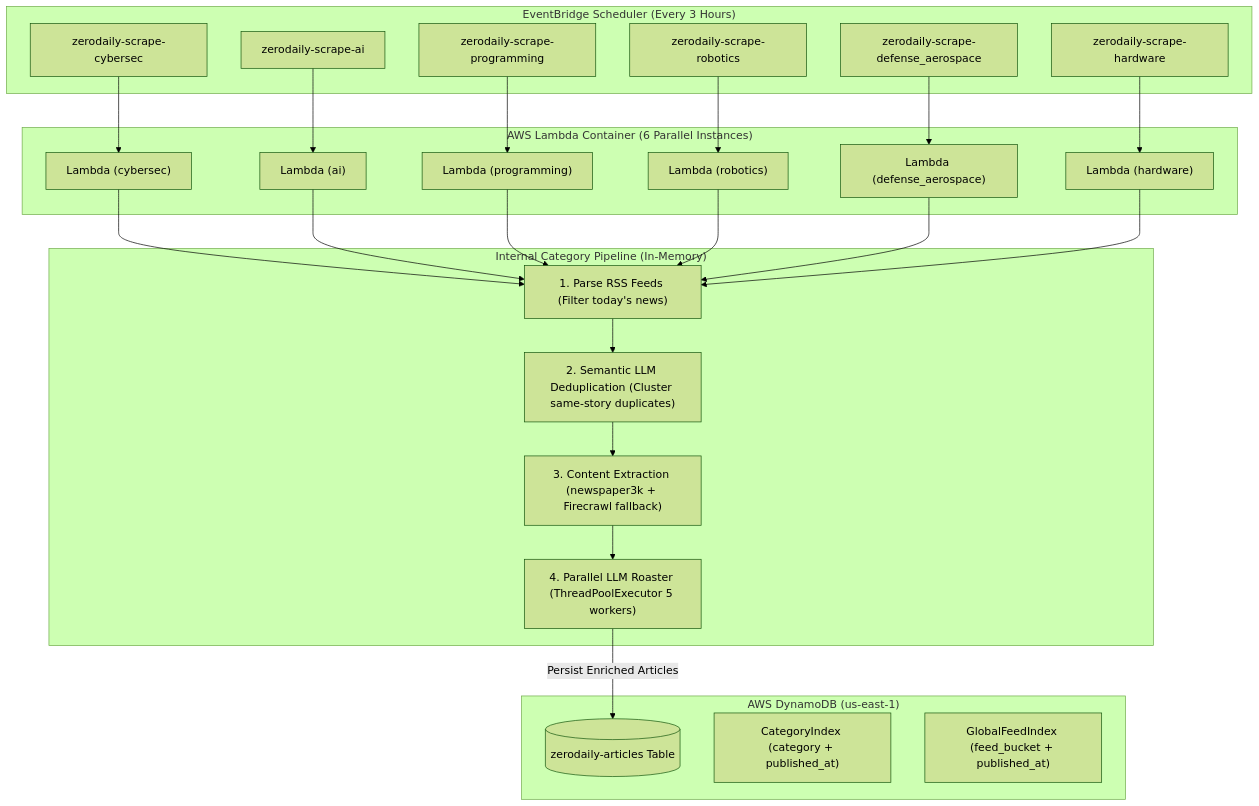
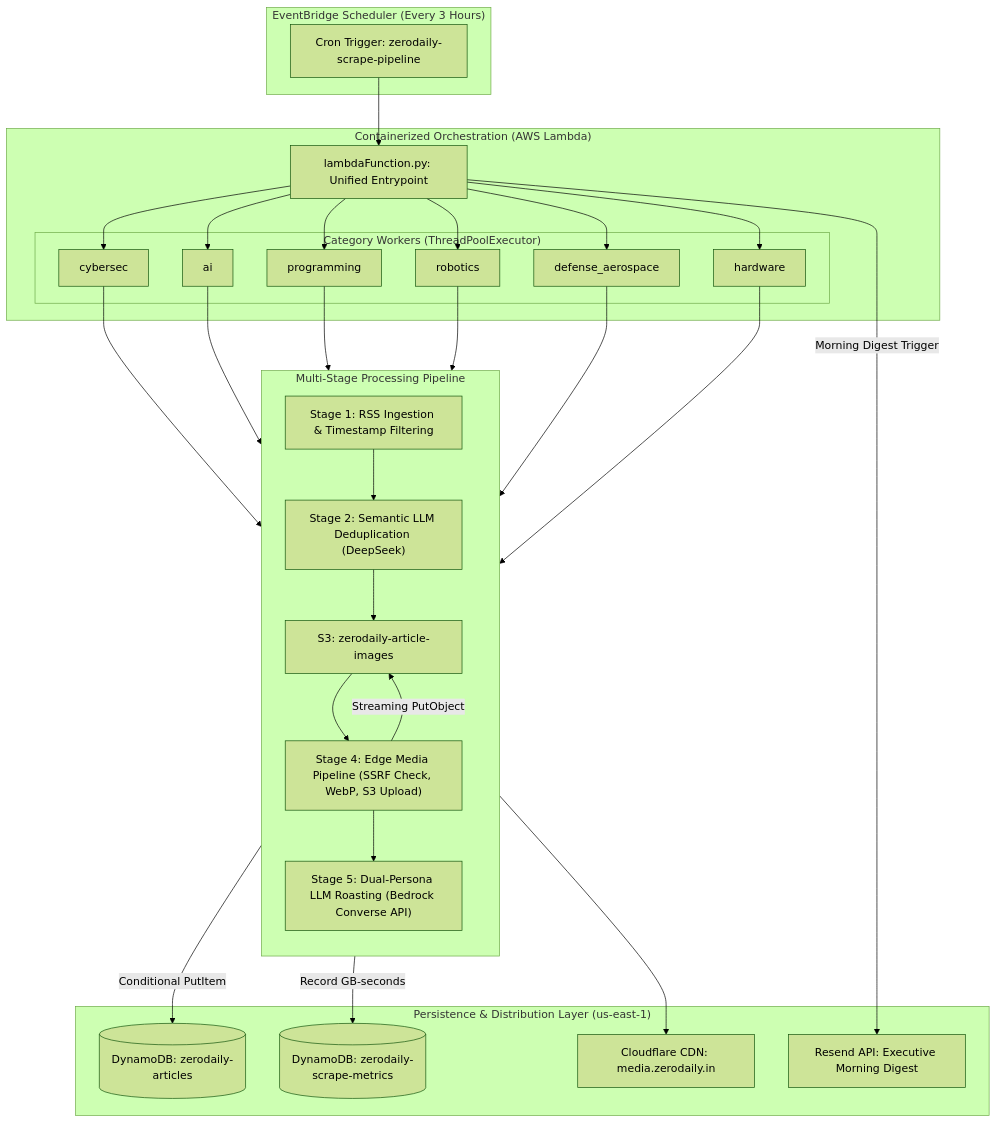
One commit to err0rgod/bot1 changed the diagram in README.md. Above: the diagram before and after it, drawn with Mermaid (forest theme). The commit also changed other lines of this file and 1 other file, not shown here.

Commit message:
docs: rewrite README to emphasize systems architecture and technical depth

````diff
--- a/README.md
+++ b/README.md
@@ -16,45 +36,47 @@
 ```mermaid
 flowchart TD
     subgraph Scheduling ["EventBridge Scheduler (Every 3 Hours)"]
-        EB1["zerodaily-scrape-cybersec"]
-        EB2["zerodaily-scrape-ai"]
-        EB3["zerodaily-scrape-programming"]
-        EB4["zerodaily-scrape-robotics"]
-        EB5["zerodaily-scrape-defense_aerospace"]
-        EB6["zerodaily-scrape-hardware"]
+        EB["Cron Trigger: zerodaily-scrape-pipeline"]
     end
 
-    subgraph LambdaCluster ["AWS Lambda Container (6 Parallel Instances)"]
-        L1["Lambda (cybersec)"]
-        L2["Lambda (ai)"]
-        L3["Lambda (programming)"]
-        L4["Lambda (robotics)"]
-        L5["Lambda (defense_aerospace)"]
-        L6["Lambda (hardware)"]
+    subgraph LambdaCluster ["Containerized Orchestration (AWS Lambda)"]
+        LH["lambdaFunction.py: Unified Entrypoint"]
+        
+        subgraph ConcurrencyPool ["Category Workers (ThreadPoolExecutor)"]
+            W1["cybersec"]
+            W2["ai"]
+            W3["programming"]
+            W4["robotics"]
+            W5["defense_aerospace"]
+            W6["hardware"]
+        end
     end
 
-    EB1 --> L1
-    EB2 --> L2
-    EB3 --> L3
-    EB4 --> L4
-    EB5 --> L5
-    EB6 --> L6
-
-    subgraph Pipeline ["Internal Category Pipeline (In-Memory)"]
-        S1["1. Parse RSS Feeds (Filter today's news)"]
-        S2["2. Semantic LLM Deduplication (Cluster same-story duplicates)"]
-        S3["3. Content Extraction (newspaper3k + Firecrawl fallback)"]
-        S4["4. Parallel LLM Roaster (ThreadPoolExecutor 5 workers)"]
+    subgraph PipelineEngine ["Multi-Stage Processing Pipeline"]
+        direction TB
+        S1["Stage 1: RSS Ingestion & Timestamp Filtering"]
+        S2["Stage 2: Semantic LLM Deduplication (DeepSeek)"]
+        S3["Stage 3: Multi-Tier Content Extraction (Newspaper3k / Firecrawl)"]
+        S4["Stage 4: Edge Media Pipeline (SSRF Check, WebP, S3 Upload)"]
+        S5["Stage 5: Dual-Persona LLM Roasting (Bedrock Converse API)"]
     end
 
-    L1 & L2 & L3 & L4 & L5 & L6 --> S1
-    S1 --> S2 --> S3 --> S4
-
-    subgraph Storage ["AWS DynamoDB (us-east-1)"]
-        DDB[("zerodaily-articles Table")]
-        GSI1["CategoryIndex (category + published_at)"]
-        GSI2["GlobalFeedIndex (feed_bucket + published_at)"]
+    subgraph StorageLayer ["Persistence & Distribution Layer (us-east-1)"]
+        DDB[("DynamoDB: zerodaily-articles")]
+        MET[("DynamoDB: zerodaily-scrape-metrics")]
+        S3["S3: zerodaily-article-images"]
+        CDN["Cloudflare CDN: media.zerodaily.in"]
+        RESEND["Resend API: Executive Morning Digest"]
     end
 
-    S4 -->|Persist Enriched Articles| DDB
+    EB --> LH
+    LH --> W1 & W2 & W3 & W4 & W5 & W6
+    W1 & W2 & W3 & W4 & W5 & W6 --> S1
+    S1 --> S2 --> S3 --> S4 --> S5
+    
+    S4 -->|Streaming PutObject| S3
+    S3 --> CDN
+    S5 -->|Conditional PutItem| DDB
+    S5 -->|Record GB-seconds| MET
+    LH -->|Morning Digest Trigger| RESEND
 ```
````
